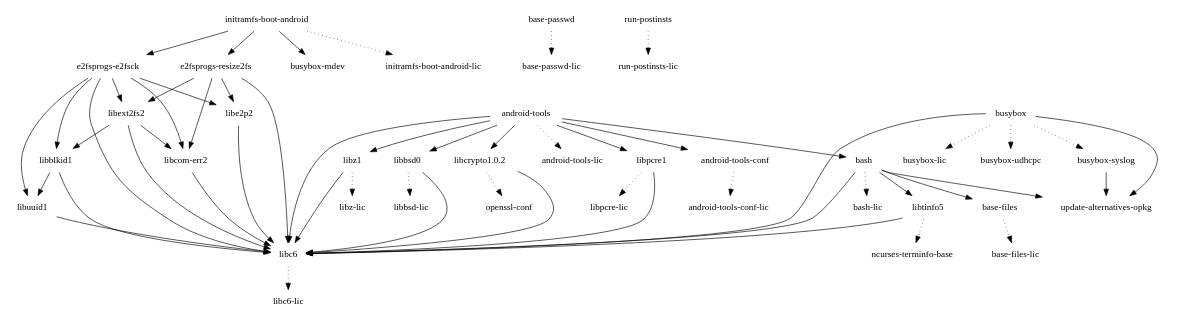
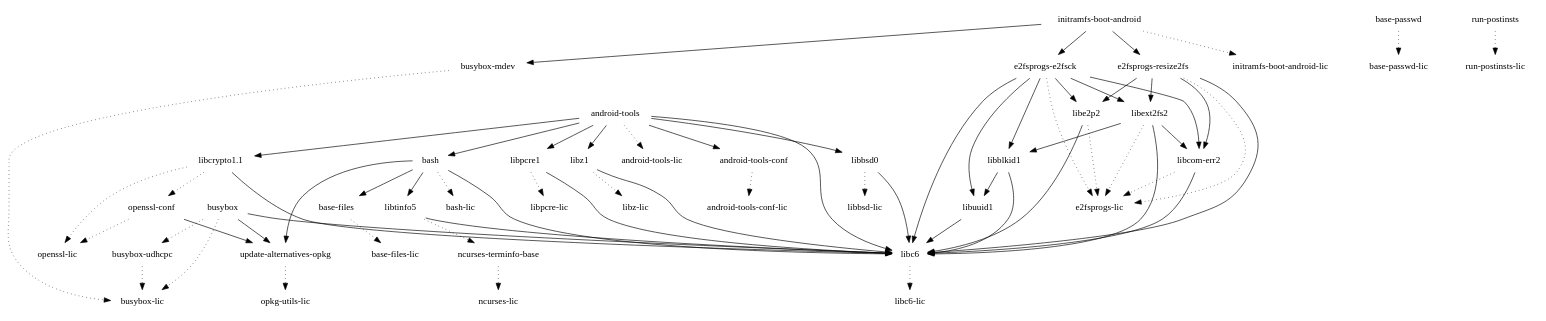
The diagram in images/hammerhead/glibc/initramfs-android-image/depends-nokernel.dot (webOS-ports/buildhistory), drawn with Graphviz before and after one commit. The commit also changed 17710 other files, not shown here.

```diff
--- a/images/hammerhead/glibc/initramfs-android-image/depends-nokernel.dot
+++ b/images/hammerhead/glibc/initramfs-android-image/depends-nokernel.dot
@@ -1,59 +1,69 @@
 digraph depends {
     node [shape=plaintext]
 "android-tools" -> "android-tools-conf"
 "android-tools" -> "android-tools-lic" [style=dotted]
 "android-tools" -> "bash"
 "android-tools-conf" -> "android-tools-conf-lic" [style=dotted]
 "android-tools" -> "libbsd0"
 "android-tools" -> "libc6"
-"android-tools" -> "libcrypto1.0.2"
+"android-tools" -> "libcrypto1.1"
 "android-tools" -> "libpcre1"
 "android-tools" -> "libz1"
 "base-files" -> "base-files-lic" [style=dotted]
 "base-passwd" -> "base-passwd-lic" [style=dotted]
 "bash" -> "base-files"
 "bash" -> "bash-lic" [style=dotted]
 "bash" -> "libc6"
 "bash" -> "libtinfo5"
 "bash" -> "update-alternatives-opkg"
 "busybox" -> "busybox-lic" [style=dotted]
-"busybox" -> "busybox-syslog" [style=dotted]
 "busybox" -> "busybox-udhcpc" [style=dotted]
 "busybox" -> "libc6"
-"busybox-syslog" -> "update-alternatives-opkg"
+"busybox-mdev" -> "busybox-lic" [style=dotted]
+"busybox-udhcpc" -> "busybox-lic" [style=dotted]
 "busybox" -> "update-alternatives-opkg"
+"e2fsprogs-e2fsck" -> "e2fsprogs-lic" [style=dotted]
 "e2fsprogs-e2fsck" -> "libblkid1"
 "e2fsprogs-e2fsck" -> "libc6"
 "e2fsprogs-e2fsck" -> "libcom-err2"
 "e2fsprogs-e2fsck" -> "libe2p2"
 "e2fsprogs-e2fsck" -> "libext2fs2"
 "e2fsprogs-e2fsck" -> "libuuid1"
+"e2fsprogs-resize2fs" -> "e2fsprogs-lic" [style=dotted]
 "e2fsprogs-resize2fs" -> "libc6"
 "e2fsprogs-resize2fs" -> "libcom-err2"
 "e2fsprogs-resize2fs" -> "libe2p2"
 "e2fsprogs-resize2fs" -> "libext2fs2"
 "initramfs-boot-android" -> "busybox-mdev"
 "initramfs-boot-android" -> "e2fsprogs-e2fsck"
 "initramfs-boot-android" -> "e2fsprogs-resize2fs"
 "initramfs-boot-android" -> "initramfs-boot-android-lic" [style=dotted]
 "libblkid1" -> "libc6"
 "libblkid1" -> "libuuid1"
 "libbsd0" -> "libbsd-lic" [style=dotted]
 "libbsd0" -> "libc6"
 "libc6" -> "libc6-lic" [style=dotted]
+"libcom-err2" -> "e2fsprogs-lic" [style=dotted]
 "libcom-err2" -> "libc6"
-"libcrypto1.0.2" -> "libc6"
-"libcrypto1.0.2" -> "openssl-conf" [style=dotted]
+"libcrypto1.1" -> "libc6"
+"libcrypto1.1" -> "openssl-conf" [style=dotted]
+"libcrypto1.1" -> "openssl-lic" [style=dotted]
+"libe2p2" -> "e2fsprogs-lic" [style=dotted]
 "libe2p2" -> "libc6"
+"libext2fs2" -> "e2fsprogs-lic" [style=dotted]
 "libext2fs2" -> "libblkid1"
 "libext2fs2" -> "libc6"
 "libext2fs2" -> "libcom-err2"
 "libpcre1" -> "libc6"
 "libpcre1" -> "libpcre-lic" [style=dotted]
 "libtinfo5" -> "libc6"
 "libtinfo5" -> "ncurses-terminfo-base" [style=dotted]
 "libuuid1" -> "libc6"
 "libz1" -> "libc6"
 "libz1" -> "libz-lic" [style=dotted]
+"ncurses-terminfo-base" -> "ncurses-lic" [style=dotted]
+"openssl-conf" -> "openssl-lic" [style=dotted]
+"openssl-conf" -> "update-alternatives-opkg"
 "run-postinsts" -> "run-postinsts-lic" [style=dotted]
+"update-alternatives-opkg" -> "opkg-utils-lic" [style=dotted]
 }
```
